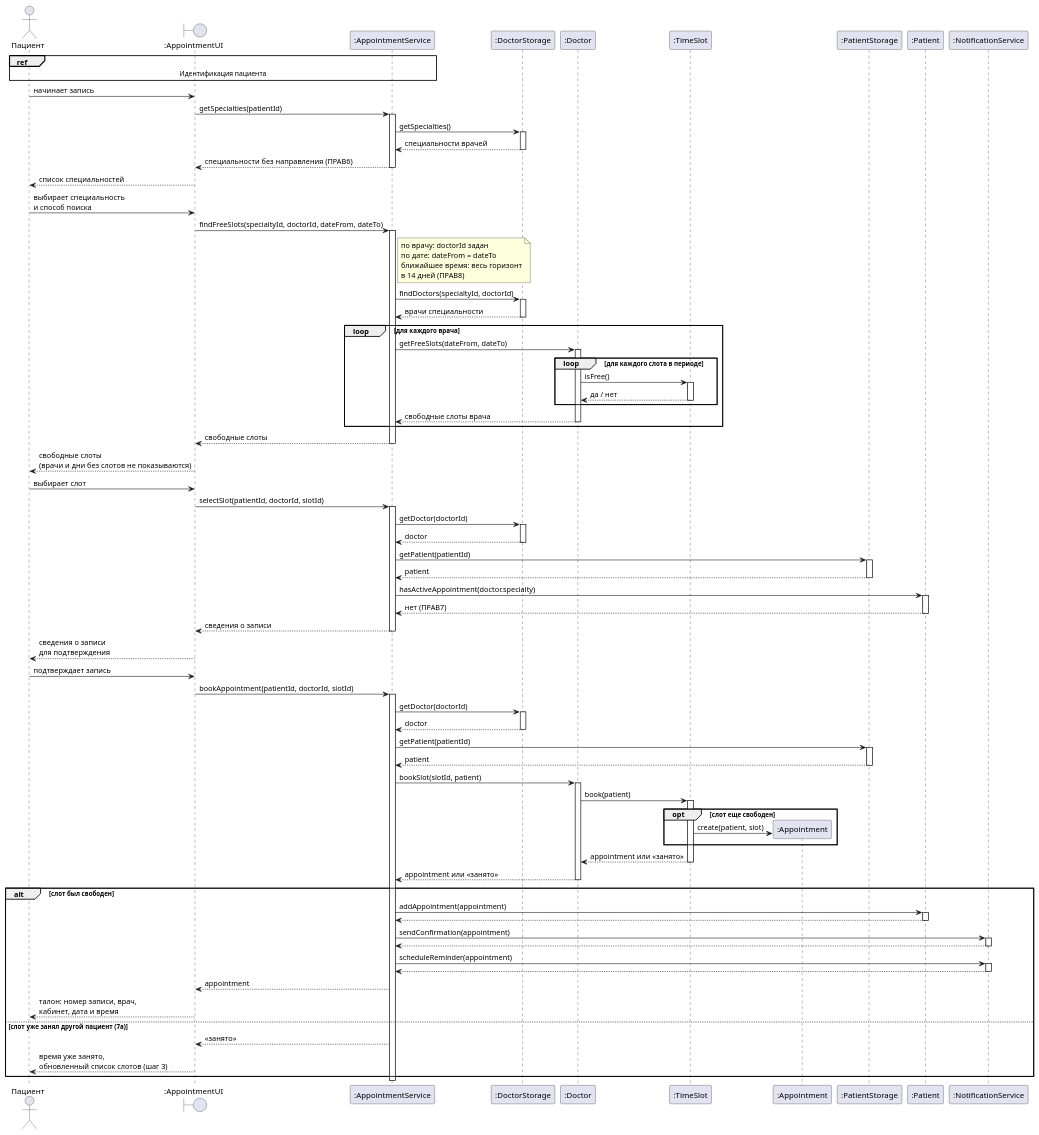
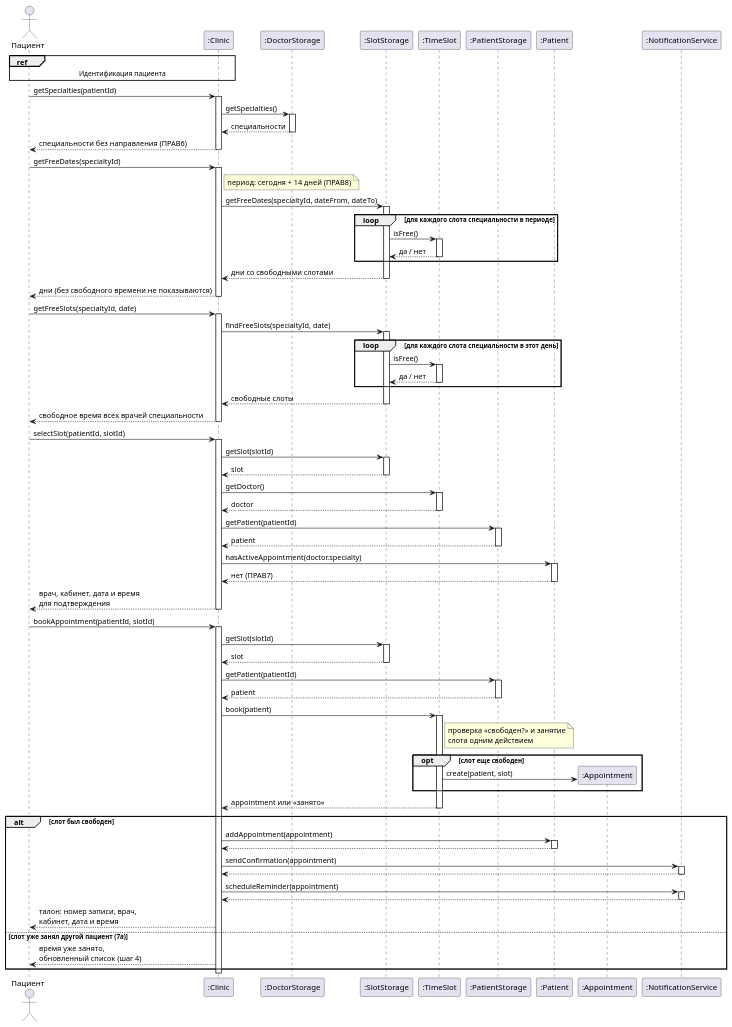
The diagram in Прецеденты/Запись на прием/Диаграмма последовательности Запись на прием.md (penamarth/bsbo-11-24_team3_var3_clinic), drawn with PlantUML before and after one commit. The commit also changed other lines of this file and 1 other file, not shown here.

Commit message:
последовательность записи

````diff
--- a/Прецеденты/Запись на прием/Диаграмма последовательности Запись на прием.md
+++ b/Прецеденты/Запись на прием/Диаграмма последовательности Запись на прием.md
@@ -7,84 +7,75 @@
 ```plantuml
 @startuml booking-sequence
 actor Пациент
-boundary ":AppointmentUI" as UI
-participant ":AppointmentService" as S
+participant ":Clinic" as C
 participant ":DoctorStorage" as DS
-participant ":Doctor" as D
+participant ":SlotStorage" as SS
 participant ":TimeSlot" as Slot
-participant ":Appointment" as A
 participant ":PatientStorage" as PS
 participant ":Patient" as P
+participant ":Appointment" as A
 participant ":NotificationService" as N
 
-ref over Пациент, UI, S : Идентификация пациента
+ref over Пациент, C : Идентификация пациента
 
-Пациент -> UI : начинает запись
-UI -> S ++ : getSpecialties(patientId)
-S -> DS ++ : getSpecialties()
-DS --> S -- : специальности врачей
-S --> UI -- : специальности без направления (ПРАВ6)
-UI --> Пациент : список специальностей
+Пациент -> C ++ : getSpecialties(patientId)
+C -> DS ++ : getSpecialties()
+DS --> C -- : специальности
+C --> Пациент -- : специальности без направления (ПРАВ6)
 
-Пациент -> UI : выбирает специальность\nи способ поиска
-UI -> S ++ : findFreeSlots(specialtyId, doctorId, dateFrom, dateTo)
-note right of S
-  по врачу: doctorId задан
-  по дате: dateFrom = dateTo
-  ближайшее время: весь горизонт
-  в 14 дней (ПРАВ8)
-end note
-S -> DS ++ : findDoctors(specialtyId, doctorId)
-DS --> S -- : врачи специальности
-loop для каждого врача
-  S -> D ++ : getFreeSlots(dateFrom, dateTo)
-  loop для каждого слота в периоде
-    D -> Slot ++ : isFree()
-    Slot --> D -- : да / нет
-  end
-  D --> S -- : свободные слоты врача
+Пациент -> C ++ : getFreeDates(specialtyId)
+note right of C : период: сегодня + 14 дней (ПРАВ8)
+C -> SS ++ : getFreeDates(specialtyId, dateFrom, dateTo)
+loop для каждого слота специальности в периоде
+  SS -> Slot ++ : isFree()
+  Slot --> SS -- : да / нет
 end
-S --> UI -- : свободные слоты
-UI --> Пациент : свободные слоты\n(врачи и дни без слотов не показываются)
+SS --> C -- : дни со свободными слотами
+C --> Пациент -- : дни (без свободного времени не показываются)
 
-Пациент -> UI : выбирает слот
-UI -> S ++ : selectSlot(patientId, doctorId, slotId)
-S -> DS ++ : getDoctor(doctorId)
-DS --> S -- : doctor
-S -> PS ++ : getPatient(patientId)
-PS --> S -- : patient
-S -> P ++ : hasActiveAppointment(doctor.specialty)
-P --> S -- : нет (ПРАВ7)
-S --> UI -- : сведения о записи
-UI --> Пациент : сведения о записи\nдля подтверждения
+Пациент -> C ++ : getFreeSlots(specialtyId, date)
+C -> SS ++ : findFreeSlots(specialtyId, date)
+loop для каждого слота специальности в этот день
+  SS -> Slot ++ : isFree()
+  Slot --> SS -- : да / нет
+end
+SS --> C -- : свободные слоты
+C --> Пациент -- : свободное время всех врачей специальности
 
-Пациент -> UI : подтверждает запись
-UI -> S ++ : bookAppointment(patientId, doctorId, slotId)
-S -> DS ++ : getDoctor(doctorId)
-DS --> S -- : doctor
-S -> PS ++ : getPatient(patientId)
-PS --> S -- : patient
-S -> D ++ : bookSlot(slotId, patient)
-D -> Slot ++ : book(patient)
+Пациент -> C ++ : selectSlot(patientId, slotId)
+C -> SS ++ : getSlot(slotId)
+SS --> C -- : slot
+C -> Slot ++ : getDoctor()
+Slot --> C -- : doctor
+C -> PS ++ : getPatient(patientId)
+PS --> C -- : patient
+C -> P ++ : hasActiveAppointment(doctor.specialty)
+P --> C -- : нет (ПРАВ7)
+C --> Пациент -- : врач, кабинет, дата и время\nдля подтверждения
+
+Пациент -> C ++ : bookAppointment(patientId, slotId)
+C -> SS ++ : getSlot(slotId)
+SS --> C -- : slot
+C -> PS ++ : getPatient(patientId)
+PS --> C -- : patient
+C -> Slot ++ : book(patient)
+note right of Slot : проверка «свободен?» и занятие\nслота одним действием
 opt слот еще свободен
   Slot -> A ** : create(patient, slot)
 end
-Slot --> D -- : appointment или «занято»
-D --> S -- : appointment или «занято»
+Slot --> C -- : appointment или «занято»
 alt слот был свободен
-  S -> P ++ : addAppointment(appointment)
-  P --> S --
-  S -> N ++ : sendConfirmation(appointment)
-  N --> S --
-  S -> N ++ : scheduleReminder(appointment)
-  N --> S --
-  S --> UI : appointment
-  UI --> Пациент : талон: номер записи, врач,\nкабинет, дата и время
+  C -> P ++ : addAppointment(appointment)
+  P --> C --
+  C -> N ++ : sendConfirmation(appointment)
+  N --> C --
+  C -> N ++ : scheduleReminder(appointment)
+  N --> C --
+  C --> Пациент : талон: номер записи, врач,\nкабинет, дата и время
 else слот уже занял другой пациент (7а)
-  S --> UI : «занято»
-  UI --> Пациент : время уже занято,\nобновленный список слотов (шаг 3)
+  C --> Пациент : время уже занято,\nобновленный список (шаг 4)
 end
-deactivate S
+deactivate C
 
 @enduml
 ```
````
